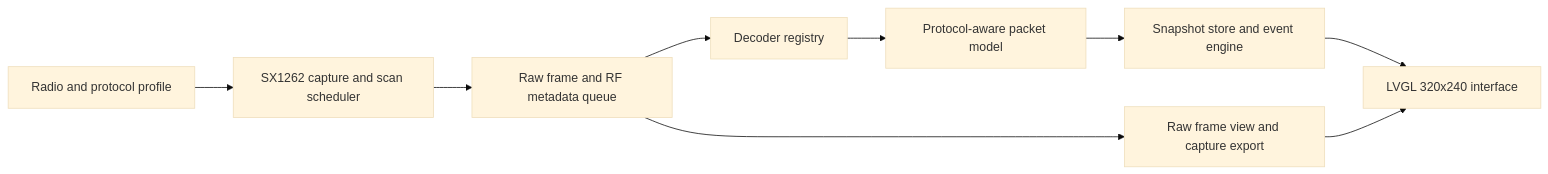
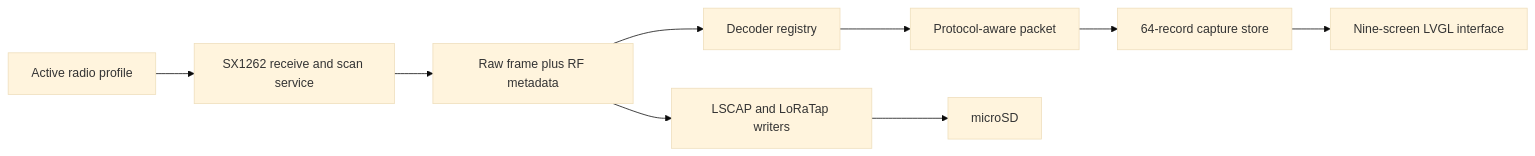
Before and after one commit to maxmoneycash/lilyshark: the diagram in README.md, drawn with Mermaid (base theme). The commit also changed other lines of this file and 56 other files, not shown here.

````diff
--- a/README.md
+++ b/README.md
@@ -138,11 +157,11 @@
 ```mermaid
 flowchart LR
-    A[Radio and protocol profile] --> B[SX1262 capture and scan scheduler]
-    B --> C[Raw frame and RF metadata queue]
+    A[Active radio profile] --> B[SX1262 receive and scan service]
+    B --> C[Raw frame plus RF metadata]
     C --> D[Decoder registry]
-    D --> E[Protocol-aware packet model]
-    C --> F[Raw frame view and capture export]
-    E --> G[Snapshot store and event engine]
-    G --> H[LVGL 320x240 interface]
-    F --> H
+    D --> E[Protocol-aware packet]
+    C --> F[LSCAP and LoRaTap writers]
+    E --> G[64-record capture store]
+    G --> H[Nine-screen LVGL interface]
+    F --> I[microSD]
 ```
````
